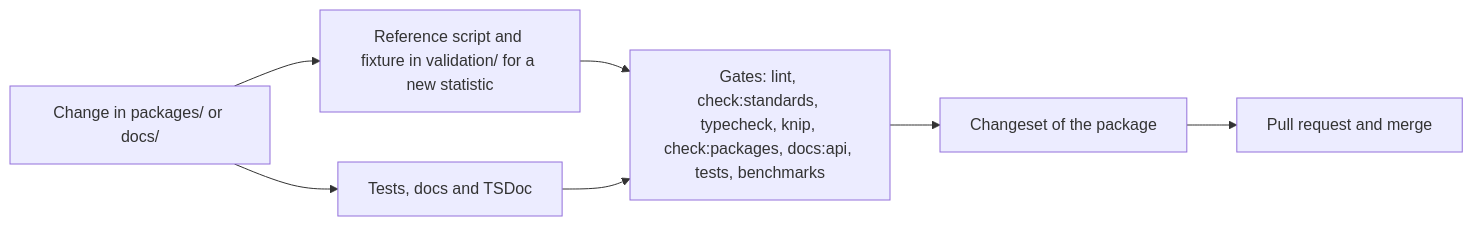
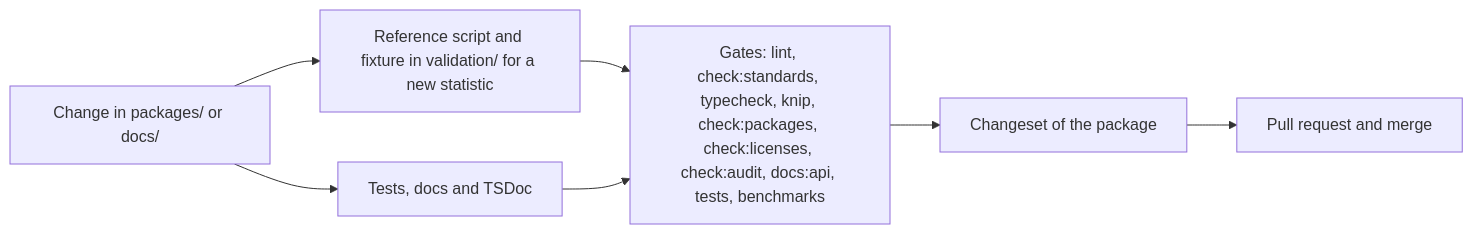
One commit to measurekit/measurekit changed the diagram in CONTRIBUTING.md. Above: the diagram before and after it, drawn with Mermaid. The commit also changed other lines of this file and 6 other files, not shown here.

Commit message:
Add the license check and the vulnerability audit that the standards ask of CI, as the other repositories run them

````diff
--- a/CONTRIBUTING.md
+++ b/CONTRIBUTING.md
@@ -6,8 +6,8 @@
 ```mermaid
 flowchart LR
   C["Change in packages/ or docs/"] --> V["Reference script and fixture in validation/ for a new statistic"]
   C --> T["Tests, docs and TSDoc"]
-  V --> G["Gates: lint, check:standards, typecheck, knip, check:packages, docs:api, tests, benchmarks"]
+  V --> G["Gates: lint, check:standards, typecheck, knip, check:packages, check:licenses, check:audit, docs:api, tests, benchmarks"]
   T --> G
   G --> X["Changeset of the package"] --> M["Pull request and merge"]
 ```
````
